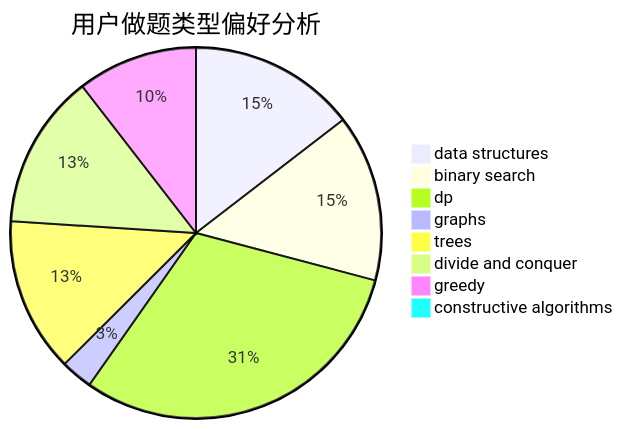
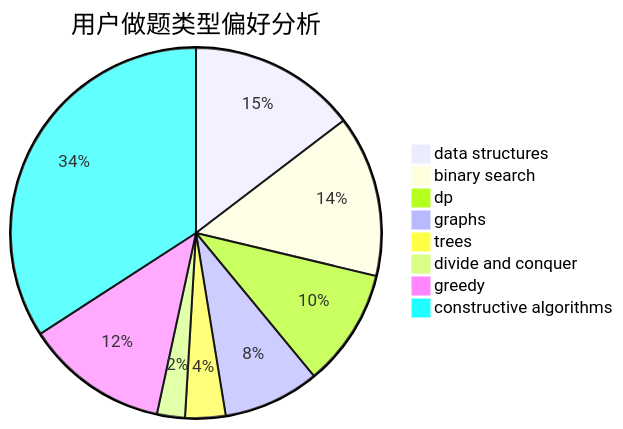
Before and after one commit to sherpahu/cfrs.github.io: the second of 3 diagrams in docs/user/u29.md, drawn with Mermaid. The commit also changed other lines of this file and 2770 other files, not shown here.

````diff
--- a/docs/user/u29.md
+++ b/docs/user/u29.md
@@ -23,11 +23,11 @@
 ```mermaid
 pie title 用户做题类型偏好分析
-    "data structures" :  68
-    "binary search" :  68
-    "dp" :  143
-    "graphs" :  13
-    "trees" :  63
-    "divide and conquer" :  63
-    "greedy" :  49
-    "constructive algorithms" :  0
+    "data structures" :  54
+    "binary search" :  52
+    "dp" :  38
+    "graphs" :  31
+    "trees" :  13
+    "divide and conquer" :  9
+    "greedy" :  46
+    "constructive algorithms" :  126
 ```
````
